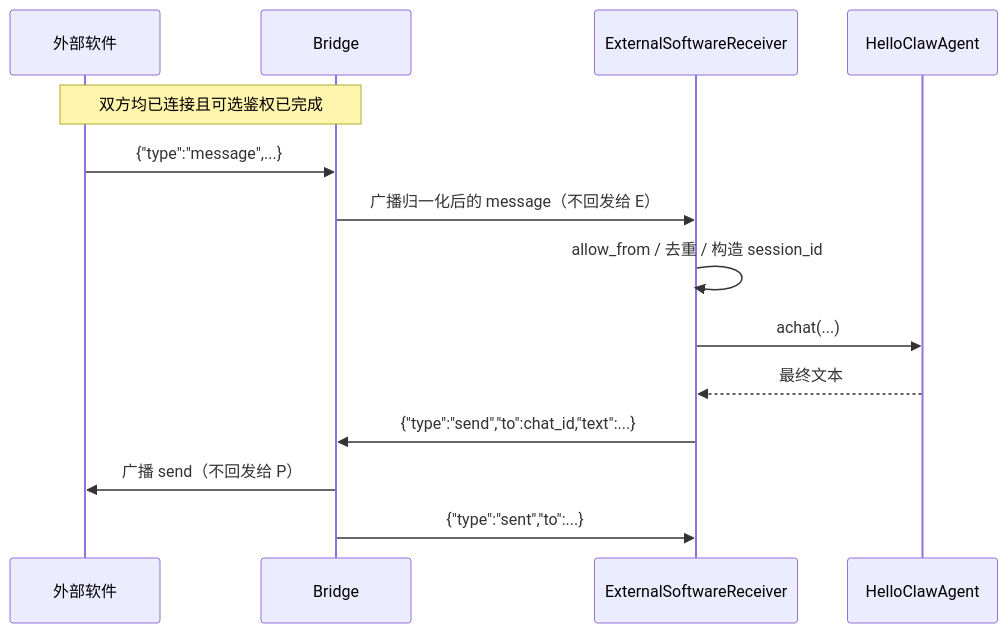
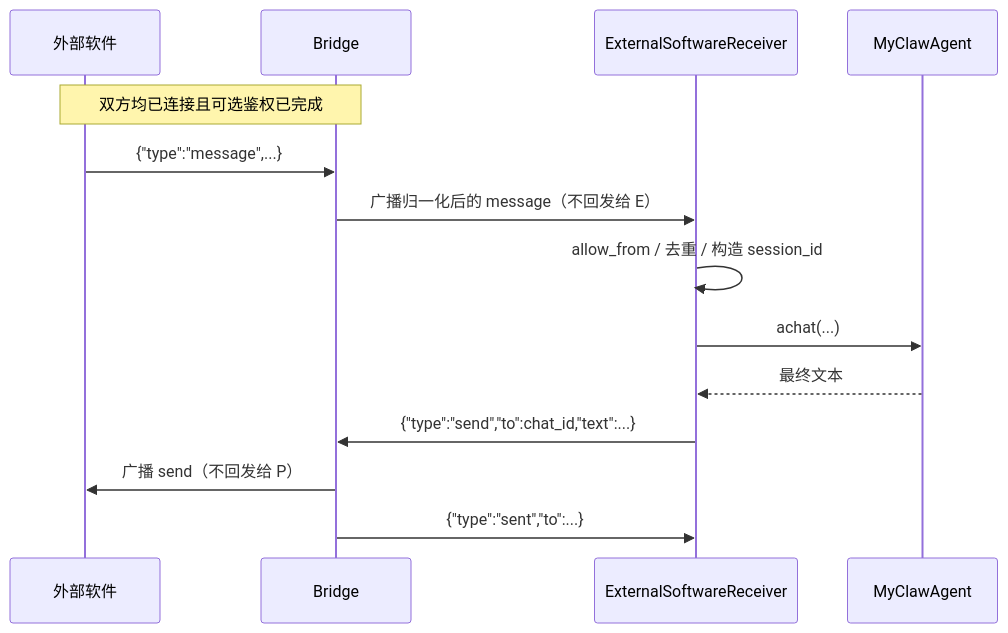
Before and after one commit to promisestar/MyClaw: the third of 3 diagrams in docs/Bridge实现与功能说明.md, drawn with Mermaid. The commit also changed other lines of this file and 19 other files, not shown here.

````diff
--- a/docs/Bridge实现与功能说明.md
+++ b/docs/Bridge实现与功能说明.md
@@ -165,17 +165,17 @@
 ```mermaid
 sequenceDiagram
     participant E as 外部软件
     participant B as Bridge
     participant P as ExternalSoftwareReceiver
-    participant A as HelloClawAgent
+    participant A as MyClawAgent
 
     Note over E,B: 双方均已连接且可选鉴权已完成
     E->>B: {"type":"message",...}
     B->>P: 广播归一化后的 message（不回发给 E）
     P->>P: allow_from / 去重 / 构造 session_id
     P->>A: achat(...)
     A-->>P: 最终文本
     P->>B: {"type":"send","to":chat_id,"text":...}
     B->>E: 广播 send（不回发给 P）
     B->>P: {"type":"sent","to":...}
 ```
````
